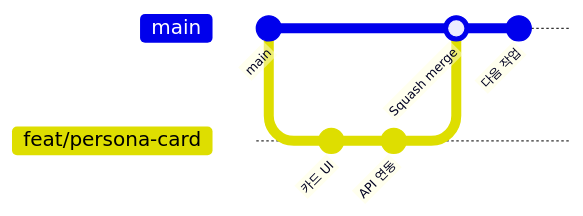
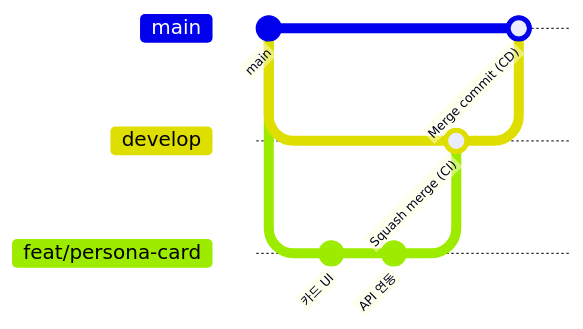
Before and after one commit to gokimkh123/SW_Design_Development: the diagram in CONTRIBUTING.md, drawn with Mermaid. The commit also changed other lines of this file and 7 other files, not shown here.

````diff
--- a/CONTRIBUTING.md
+++ b/CONTRIBUTING.md
@@ -17,11 +17,14 @@
 ```mermaid
 gitGraph
     commit id: "main"
+    branch develop
+    checkout develop
     branch feat/persona-card
     checkout feat/persona-card
     commit id: "카드 UI"
     commit id: "API 연동"
+    checkout develop
+    merge feat/persona-card id: "Squash merge (CI)"
     checkout main
-    merge feat/persona-card id: "Squash merge"
-    commit id: "다음 작업"
+    merge develop id: "Merge commit (CD)"
 ```
````
